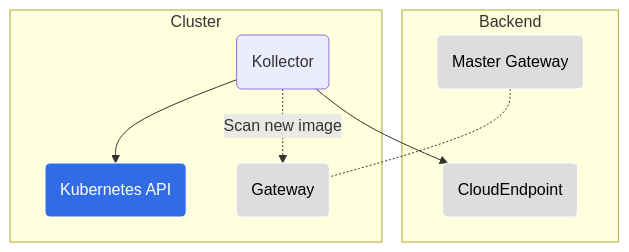
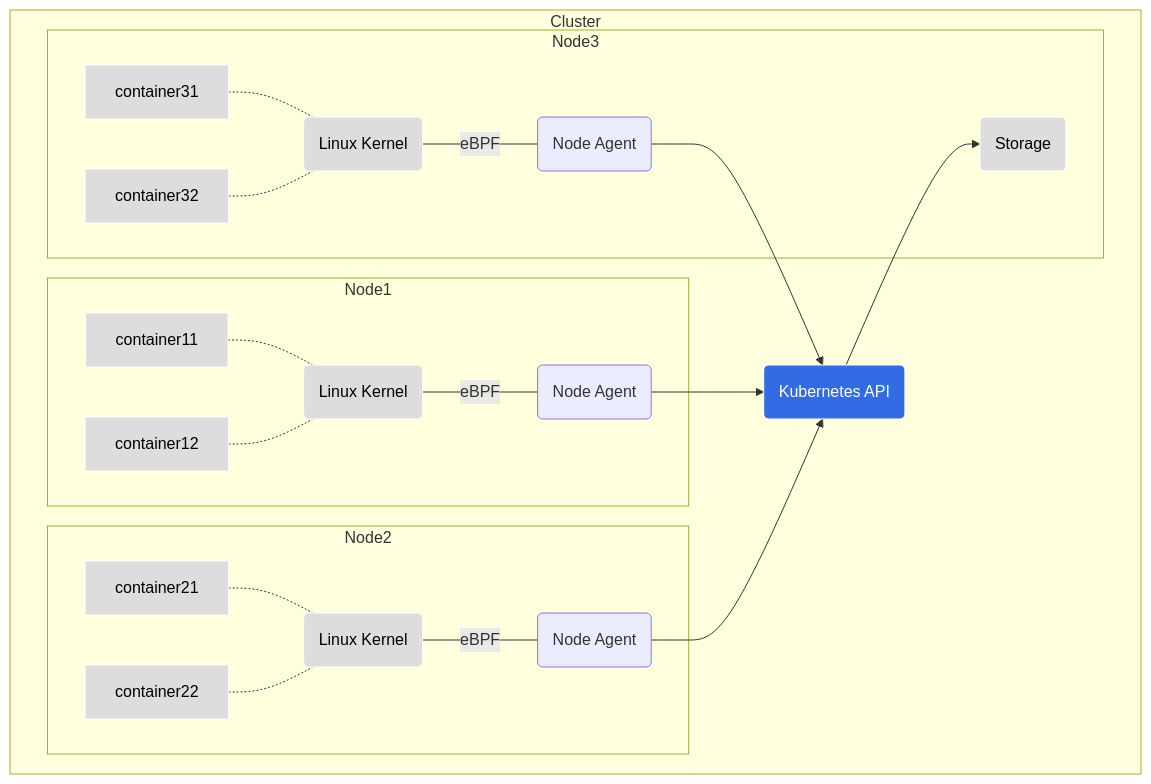
One commit to kubescape/helm-charts changed the seventh of 7 diagrams in charts/kubescape-operator/README.md. Above: the diagram before and after it, drawn with Mermaid. The commit also changed other lines of this file and 1 other file, not shown here.

Commit message:
update readme and diagrams

````diff
--- a/charts/kubescape-operator/README.md
+++ b/charts/kubescape-operator/README.md
@@ -386,23 +439,32 @@
 ```mermaid
 graph TD
-subgraph Backend
-    er(CloudEndpoint)
-    masterGw("Master Gateway")
+subgraph Cluster
+  k8sApi(Kubernetes API)
+  subgraph Node1
+    container11 .- linux1
+    container12 .- linux1
+    linux1(Linux Kernel) ---|eBPF| node1(Node Agent)
+  end
+  subgraph Node2
+    container21 .- linux2
+    container22 .- linux2
+    linux2(Linux Kernel) ---|eBPF| node2(Node Agent)
+  end
+  subgraph Node3
+    container31 .- linux3
+    container32 .- linux3
+    linux3(Linux Kernel) ---|eBPF| node3(Node Agent)
+    store(Storage)
+  end
 end;
 
-subgraph Cluster
-    kollector(Kollector)
-    k8sApi(Kubernetes API);
-    gw(Gateway)
-end;
-
-kollector .->|Scan new image| gw
-masterGw .- gw
-kollector --> er
-kollector --> k8sApi
+node1 --> k8sApi
+node2 --> k8sApi
+node3 --> k8sApi
+k8sApi --> store
 
 classDef k8s fill:#326ce5,stroke:#fff,stroke-width:1px,color:#fff;
 classDef plain fill:#ddd,stroke:#fff,stroke-width:1px,color:#000;
 class k8sApi k8s
-class er,gw,masterGw plain
+class container11,container12,container21,container22,container31,container32,linux1,linux2,linux3,store plain
 ```
````
